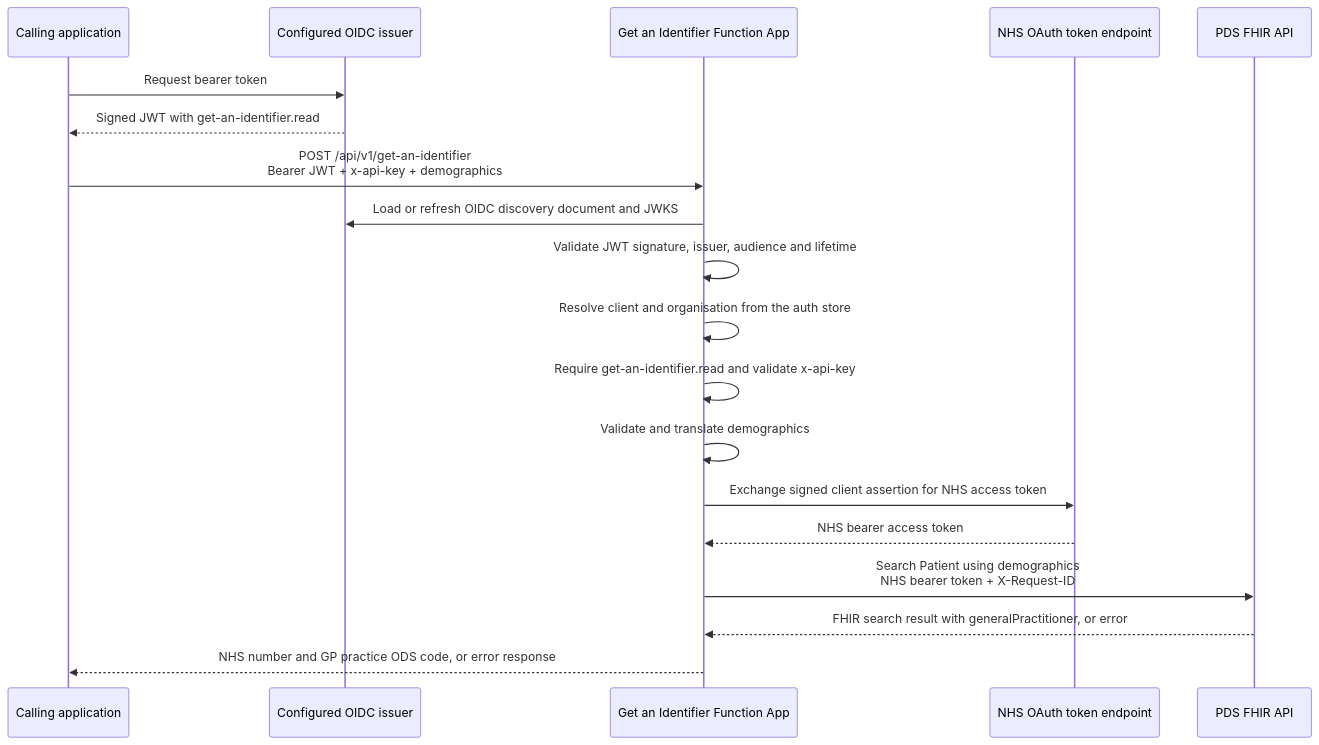
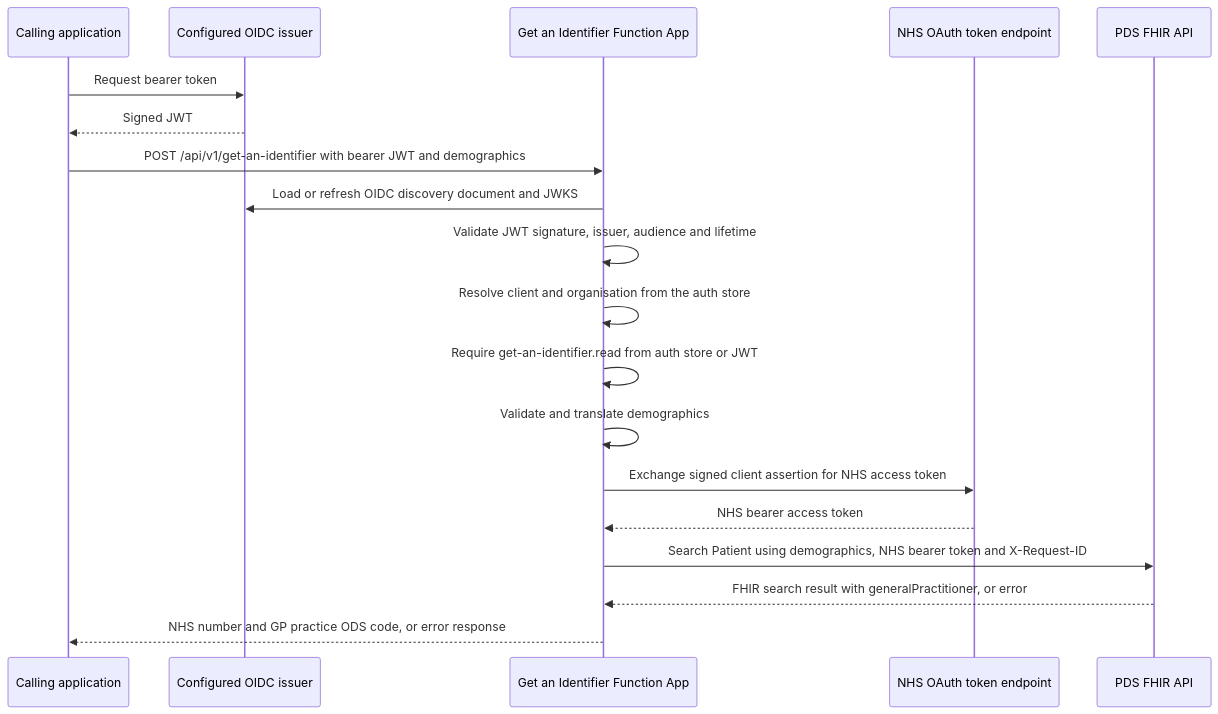
Before and after one commit to DFE-Digital/single-unique-identifier: the diagram in Docs/Design/GetAnIdentifier/AsBuilt.md, drawn with Mermaid. The commit also changed other lines of this file and 9 other files, not shown here.

````diff
--- a/Docs/Design/GetAnIdentifier/AsBuilt.md
+++ b/Docs/Design/GetAnIdentifier/AsBuilt.md
@@ -11,22 +11,22 @@
 ```mermaid
 sequenceDiagram
     participant Caller as Calling application
     participant Issuer as Configured OIDC issuer
     participant Function as Get an Identifier Function App
     participant NHSAuth as NHS OAuth token endpoint
     participant PDS as PDS FHIR API
 
     Caller->>Issuer: Request bearer token
-    Issuer-->>Caller: Signed JWT with get-an-identifier.read
-    Caller->>Function: POST /api/v1/get-an-identifier<br/>Bearer JWT + x-api-key + demographics
+    Issuer-->>Caller: Signed JWT
+    Caller->>Function: POST /api/v1/get-an-identifier with bearer JWT and demographics
     Function->>Issuer: Load or refresh OIDC discovery document and JWKS
     Function->>Function: Validate JWT signature, issuer, audience and lifetime
     Function->>Function: Resolve client and organisation from the auth store
-    Function->>Function: Require get-an-identifier.read and validate x-api-key
+    Function->>Function: Require get-an-identifier.read from auth store or JWT
     Function->>Function: Validate and translate demographics
     Function->>NHSAuth: Exchange signed client assertion for NHS access token
     NHSAuth-->>Function: NHS bearer access token
-    Function->>PDS: Search Patient using demographics<br/>NHS bearer token + X-Request-ID
+    Function->>PDS: Search Patient using demographics, NHS bearer token and X-Request-ID
     PDS-->>Function: FHIR search result with generalPractitioner, or error
     Function-->>Caller: NHS number and GP practice ODS code, or error response
 ```
````
